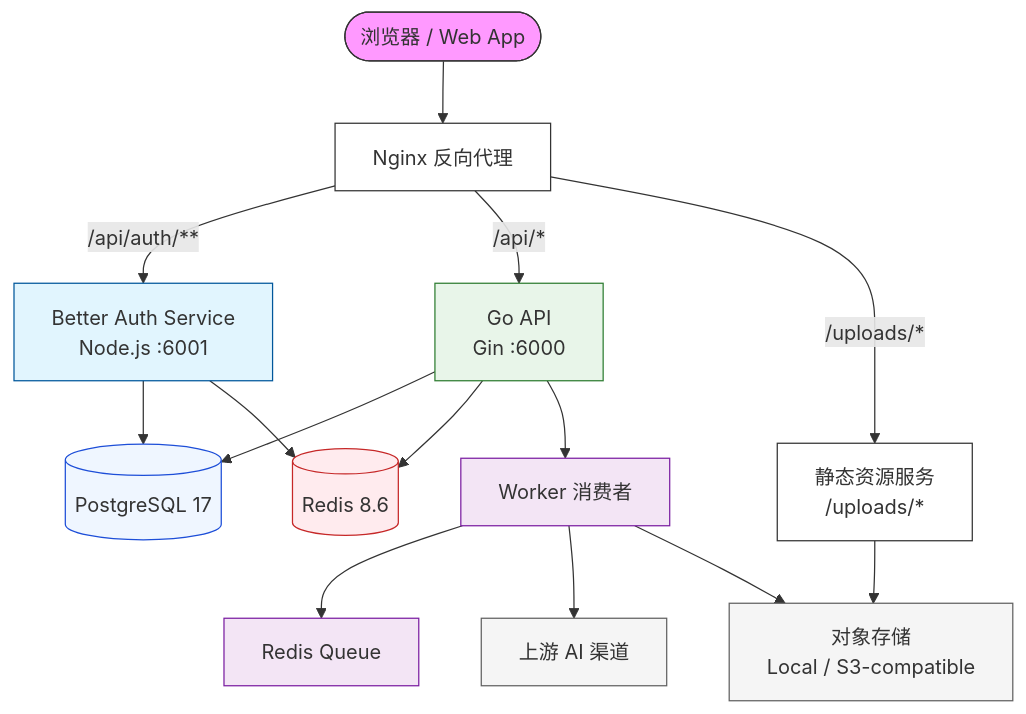
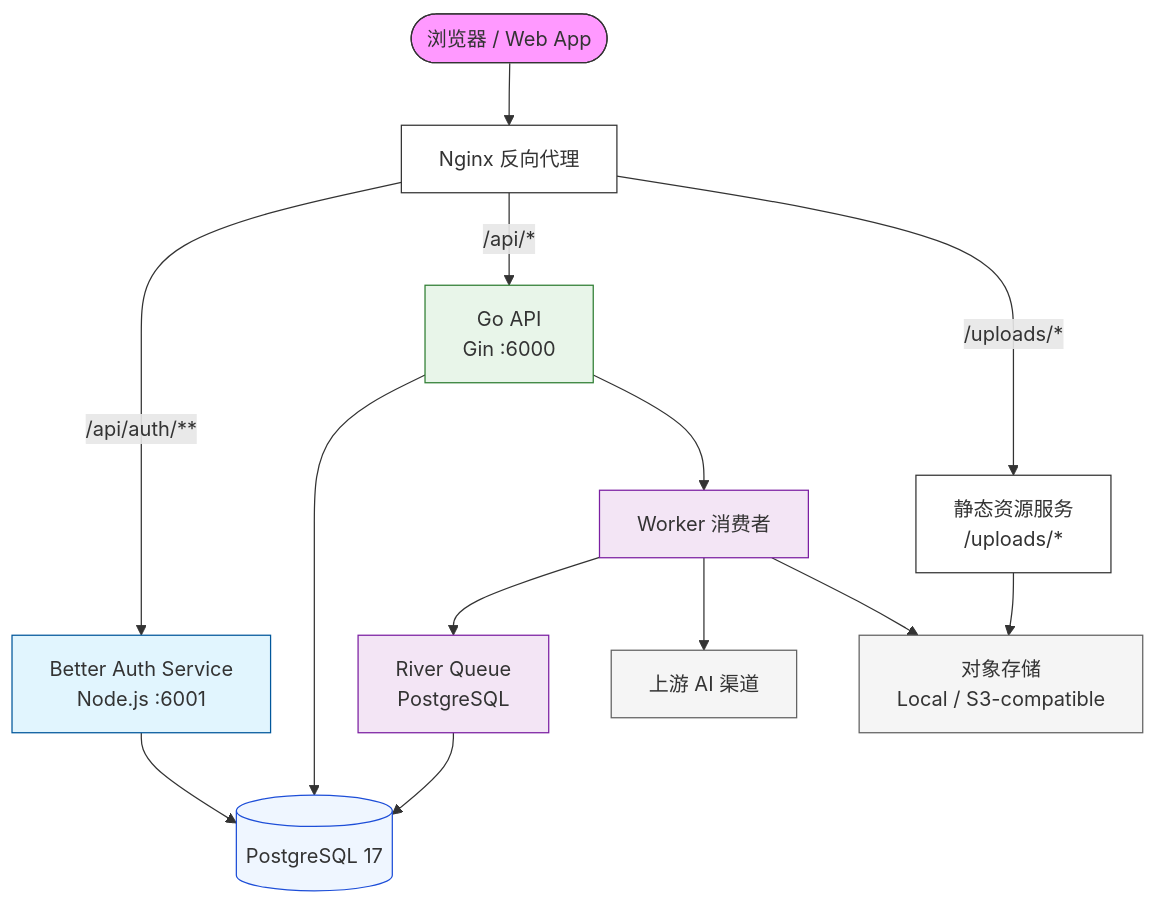
Before and after one commit to Ericsunsk/IdeaBoard: the diagram in README.md, drawn with Mermaid. The commit also changed other lines of this file and 57 other files, not shown here.

First line of the commit message:
refactor: replace Asynq+Redis with River+PostgreSQL for task queue

````diff
--- a/README.md
+++ b/README.md
@@ -79,23 +78,23 @@
 ```mermaid
 flowchart TB
     Browser(["浏览器 / Web App"]) --> Nginx["Nginx 反向代理"]
     Nginx -- /api/auth/** --> Auth["Better Auth Service<br>Node.js :6001"]
     Nginx -- /api/* --> GoAPI["Go API<br>Gin :6000"]
     Nginx -- /uploads/* --> Static["静态资源服务<br>/uploads/*"]
-    Auth --> Postgres[("PostgreSQL 17")] & Redis[("Redis 8.6")]
-    GoAPI --> Postgres & Redis & Worker["Worker 消费者"]
-    Worker --> Queue["Redis Queue"] & AI["上游 AI 渠道"] & Storage["对象存储<br>Local / S3-compatible"]
+    Auth --> Postgres[("PostgreSQL 17")]
+    GoAPI --> Postgres & Worker["Worker 消费者"]
+    Worker --> Queue["River Queue<br>PostgreSQL"] & AI["上游 AI 渠道"] & Storage["对象存储<br>Local / S3-compatible"]
+    Queue --> Postgres
     Static --> Storage
 
     style Browser fill:#f9f,stroke:#333,stroke-width:1px
     style Nginx fill:#fff,stroke:#333,stroke-width:1px
     style Auth fill:#e1f5fe,stroke:#01579b,stroke-width:1px
     style GoAPI fill:#e8f5e9,stroke:#2e7d32,stroke-width:1px
     style Static fill:#fff,stroke:#333,stroke-width:1px
     style Postgres fill:#eff6ff,stroke:#1d4ed8,stroke-width:1px
-    style Redis fill:#ffebee,stroke:#c62828,stroke-width:1px
     style Worker fill:#f3e5f5,stroke:#7b1fa2,stroke-width:1px
     style Queue fill:#f3e5f5,stroke:#7b1fa2,stroke-width:1px
     style AI fill:#f5f5f5,stroke:#616161,stroke-width:1px
     style Storage fill:#f5f5f5,stroke:#616161,stroke-width:1px
 ```
````
